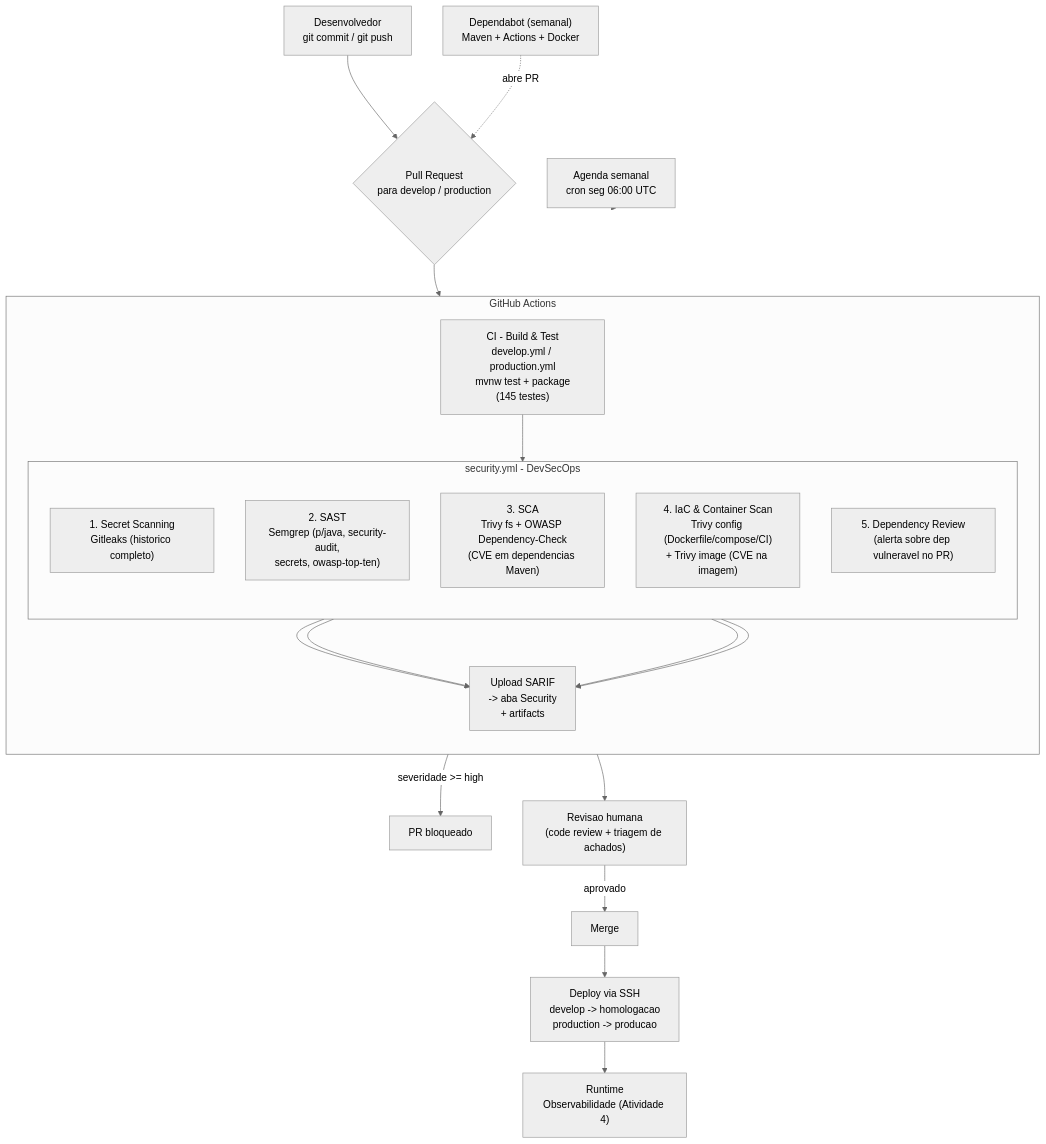
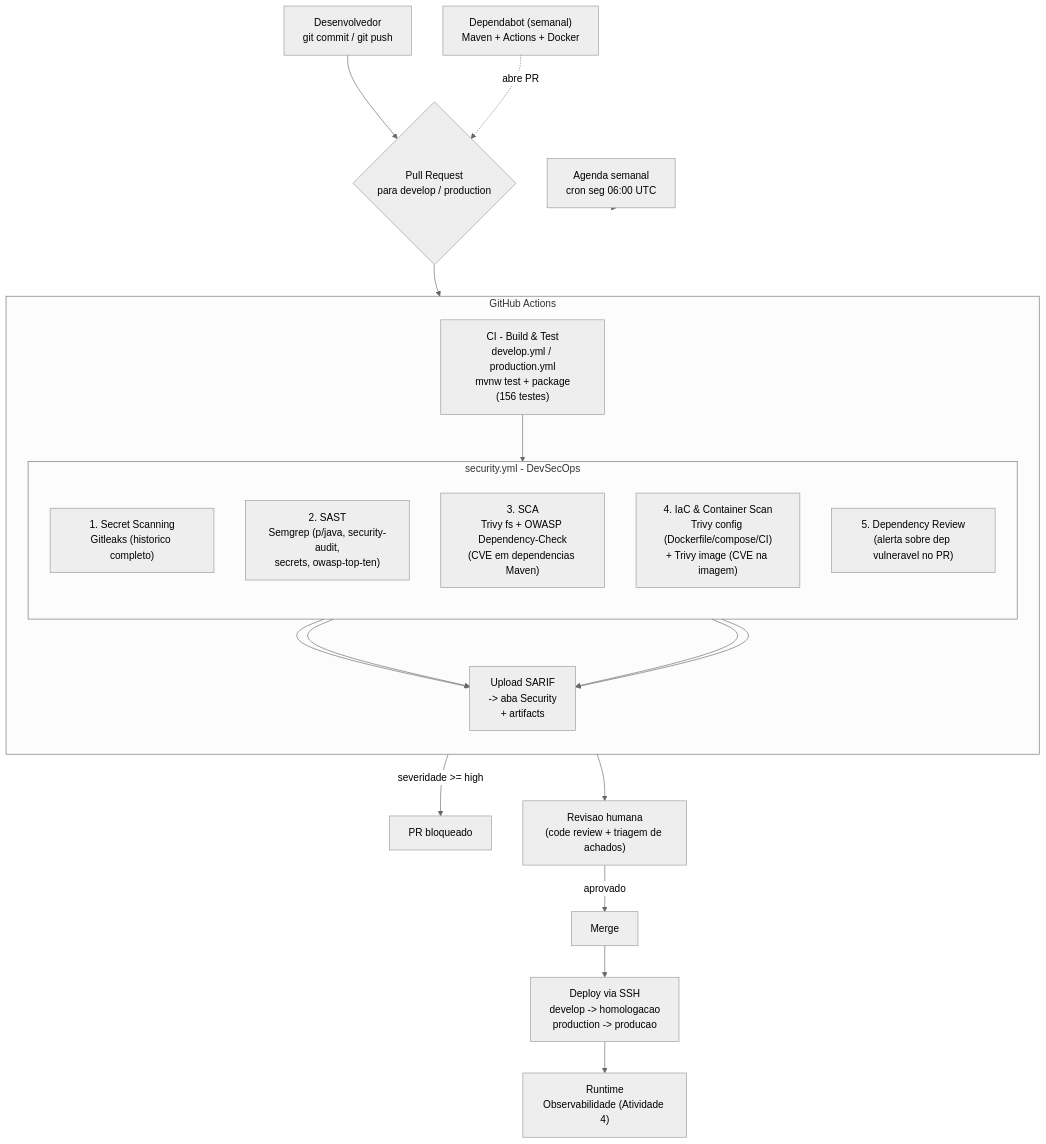
The second of 3 diagrams in docs/SPRINT3_DEVSECOPS.md (FORD-FIAP/rivaIA-backend), drawn with Mermaid (neutral theme) before and after one commit. The commit also changed other lines of this file and 16 other files, not shown here.

````diff
--- a/docs/SPRINT3_DEVSECOPS.md
+++ b/docs/SPRINT3_DEVSECOPS.md
@@ -45,34 +45,34 @@
 ```mermaid
 flowchart TD
     DEV["Desenvolvedor\ngit commit / git push"] --> PR{"Pull Request\npara develop / production"}
 
     subgraph CI["GitHub Actions"]
         direction TB
-        BUILD["CI - Build & Test\ndevelop.yml / production.yml\nmvnw test + package\n(145 testes)"]
+        BUILD["CI - Build & Test\ndevelop.yml / production.yml\nmvnw test + package\n(156 testes)"]
 
         subgraph SEC["security.yml - DevSecOps"]
             direction TB
             SECRET["1. Secret Scanning\nGitleaks (historico completo)"]
             SAST["2. SAST\nSemgrep (p/java, security-audit,\nsecrets, owasp-top-ten)"]
             SCA["3. SCA\nTrivy fs + OWASP Dependency-Check\n(CVE em dependencias Maven)"]
             IAC["4. IaC & Container Scan\nTrivy config (Dockerfile/compose/CI)\n+ Trivy image (CVE na imagem)"]
             DREV["5. Dependency Review\n(alerta sobre dep vulneravel no PR)"]
         end
 
         BUILD --> SEC
         SECRET --> SARIF["Upload SARIF\n-> aba Security\n+ artifacts"]
         SAST --> SARIF
         SCA --> SARIF
         IAC --> SARIF
     end
 
     PR --> CI
     DREV -->|"severidade >= high"| BLOCK["PR bloqueado"]
     SARIF --> REVIEW["Revisao humana\n(code review + triagem de achados)"]
     REVIEW -->|"aprovado"| MERGE["Merge"]
     MERGE --> DEPLOY["Deploy via SSH\ndevelop -> homologacao\nproduction -> producao"]
     DEPLOY --> RUNTIME["Runtime\nObservabilidade (Atividade 4)"]
 
     DEPENDABOT["Dependabot (semanal)\nMaven + Actions + Docker"] -.->|"abre PR"| PR
     SCHED["Agenda semanal\ncron seg 06:00 UTC"] -.-> SEC
 ```
````
